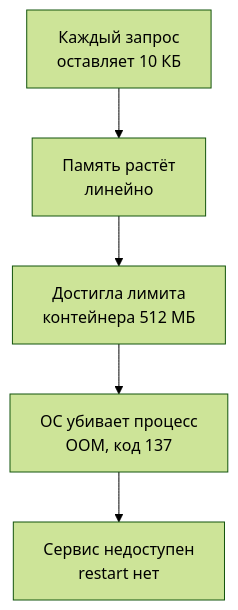
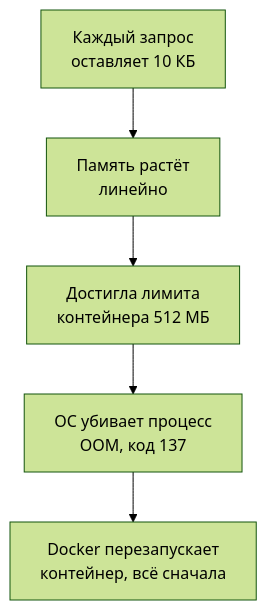
The diagram in 11-bottlenecks/04-memory-soak.md (distinguished-sre/load-tester), drawn with Mermaid (forest theme) before and after one commit. The commit also changed other lines of this file and 67 other files, not shown here.

````diff
--- a/11-bottlenecks/04-memory-soak.md
+++ b/11-bottlenecks/04-memory-soak.md
@@ -31,7 +31,7 @@
 ```mermaid
 flowchart TD
     A["Каждый запрос<br>оставляет 10 КБ"] --> B["Память растёт<br>линейно"]
     B --> C["Достигла лимита<br>контейнера 512 МБ"]
     C --> D["ОС убивает процесс<br>OOM, код 137"]
-    D --> E["Сервис недоступен<br>restart нет"]
+    D --> E["Docker перезапускает<br>контейнер, всё сначала"]
 ```
````
